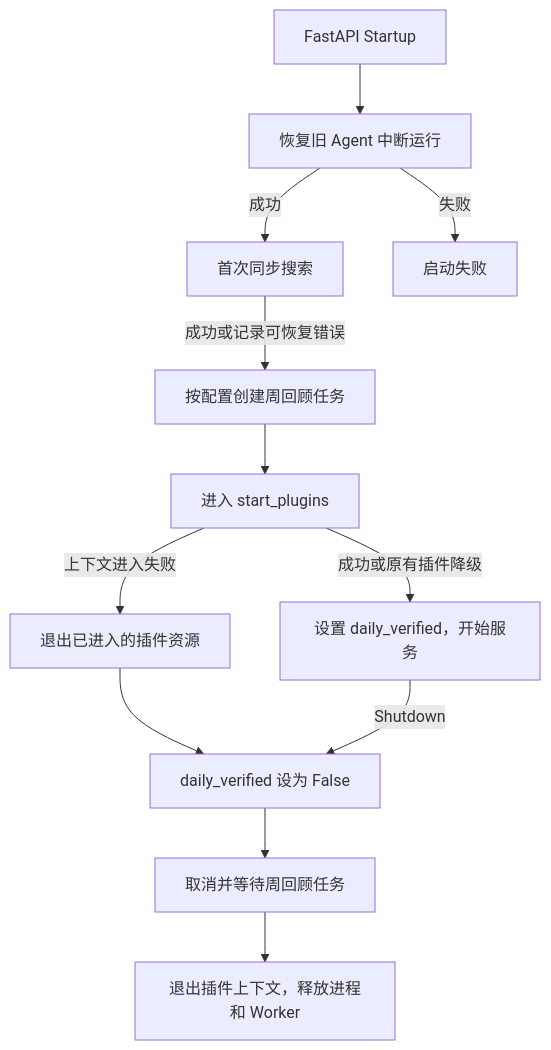
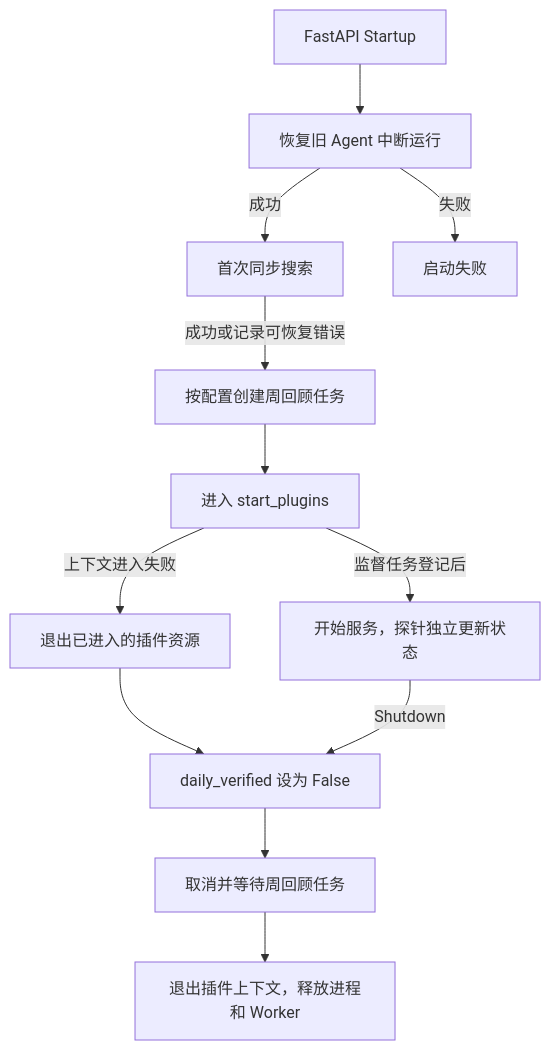
The second of 2 diagrams in docs/architecture/application-bootstrap.md (lemon-neko/personal-creative-workspace), drawn with Mermaid before and after one commit. The commit also changed other lines of this file and 135 other files, not shown here.

````diff
--- a/docs/architecture/application-bootstrap.md
+++ b/docs/architecture/application-bootstrap.md
@@ -54,14 +55,14 @@
 ```mermaid
 flowchart TD
     Start["FastAPI Startup"] --> Recover["恢复旧 Agent 中断运行"]
     Recover -->|"成功"| Search["首次同步搜索"]
     Recover -->|"失败"| Abort["启动失败"]
     Search -->|"成功或记录可恢复错误"| Scheduler["按配置创建周回顾任务"]
     Scheduler --> Plugins["进入 start_plugins"]
-    Plugins -->|"成功或原有插件降级"| Ready["设置 daily_verified，开始服务"]
+    Plugins -->|"监督任务登记后"| Ready["开始服务，探针独立更新状态"]
     Plugins -->|"上下文进入失败"| Partial["退出已进入的插件资源"]
     Partial --> Reset["daily_verified 设为 False"]
     Ready -->|"Shutdown"| Reset
     Reset --> Drain["取消并等待周回顾任务"]
     Drain --> Stop["退出插件上下文，释放进程和 Worker"]
 ```
````
